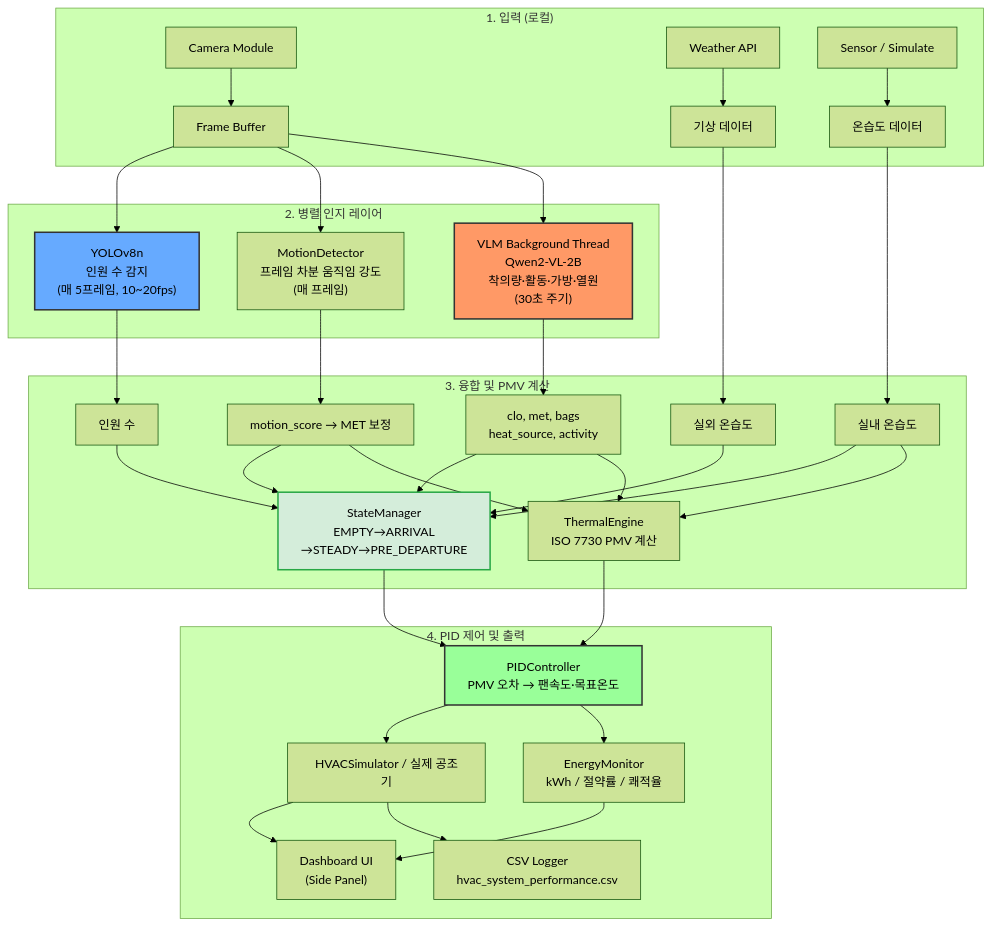
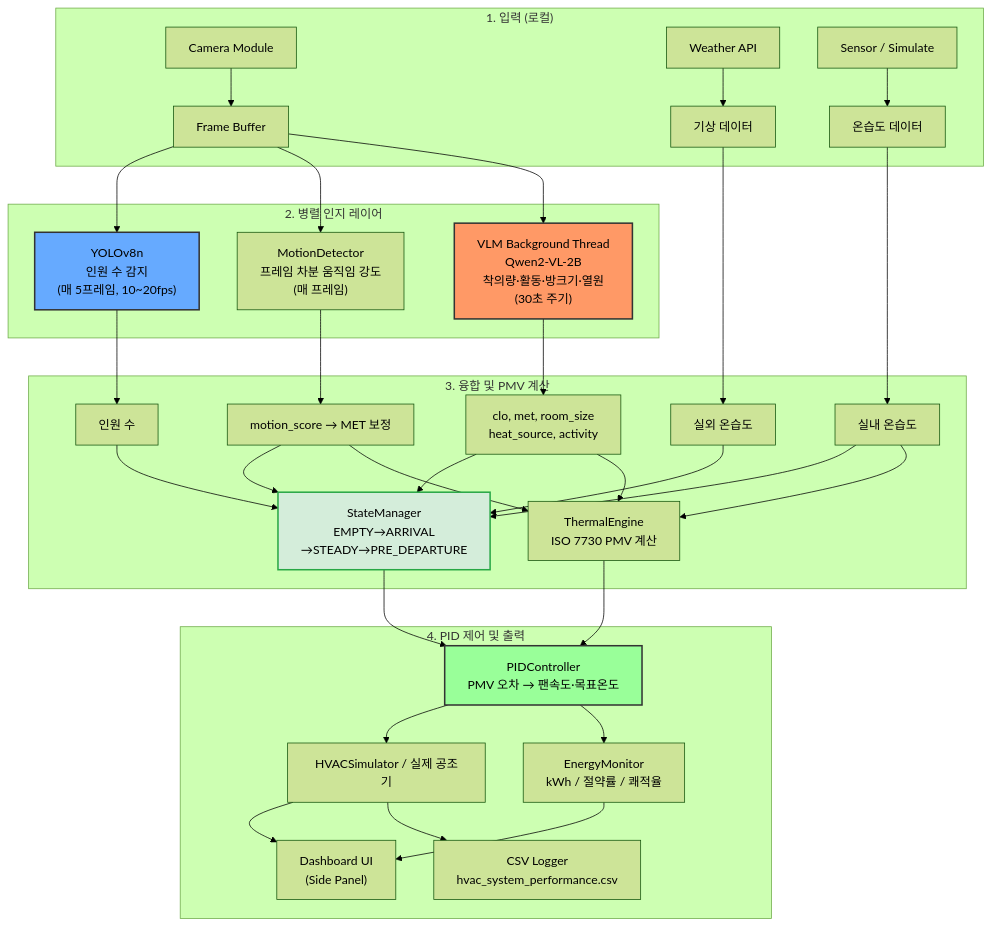
The diagram in README.md (KINN-CH/edge-vlm-hvac-system), drawn with Mermaid (forest theme) before and after one commit. The commit also changed other lines of this file and 8 other files, not shown here.

````diff
--- a/README.md
+++ b/README.md
@@ -77,38 +77,38 @@
 ```mermaid
 graph TD
     subgraph "1. 입력 (로컬)"
         A1[Camera Module] --> B1[Frame Buffer]
         A2[Weather API] --> B2[기상 데이터]
         A3[Sensor / Simulate] --> B3[온습도 데이터]
     end
 
     subgraph "2. 병렬 인지 레이어"
         B1 --> C1["YOLOv8n\n인원 수 감지\n(매 5프레임, 10~20fps)"]
         B1 --> C2["MotionDetector\n프레임 차분 움직임 강도\n(매 프레임)"]
-        B1 --> C3["VLM Background Thread\nQwen2-VL-2B\n착의량·활동·가방·열원\n(30초 주기)"]
+        B1 --> C3["VLM Background Thread\nQwen2-VL-2B\n착의량·활동·방크기·열원\n(30초 주기)"]
     end
 
     subgraph "3. 융합 및 PMV 계산"
         C1 --> D1[인원 수]
         C2 --> D2[motion_score → MET 보정]
-        C3 --> D3["clo, met, bags\nheat_source, activity"]
+        C3 --> D3["clo, met, room_size\nheat_source, activity"]
         B2 --> D4[실외 온습도]
         B3 --> D5[실내 온습도]
 
         D1 & D2 & D3 & D4 & D5 --> E1["StateManager\nEMPTY→ARRIVAL\n→STEADY→PRE_DEPARTURE"]
         D5 & D2 & D3 --> E2["ThermalEngine\nISO 7730 PMV 계산"]
     end
 
     subgraph "4. PID 제어 및 출력"
         E1 & E2 --> F1["PIDController\nPMV 오차 → 팬속도·목표온도"]
         F1 --> G1[HVACSimulator / 실제 공조기]
         F1 --> G2["EnergyMonitor\nkWh / 절약률 / 쾌적율"]
         G1 & G2 --> H1["Dashboard UI\n(Side Panel)"]
         G1 --> H2["CSV Logger\nhvac_system_performance.csv"]
     end
 
     style C3 fill:#f96,stroke:#333,stroke-width:2px
     style C1 fill:#6af,stroke:#333,stroke-width:2px
     style F1 fill:#9f9,stroke:#333,stroke-width:2px
     style E1 fill:#d4edda,stroke:#28a745,stroke-width:2px
 ```
````
